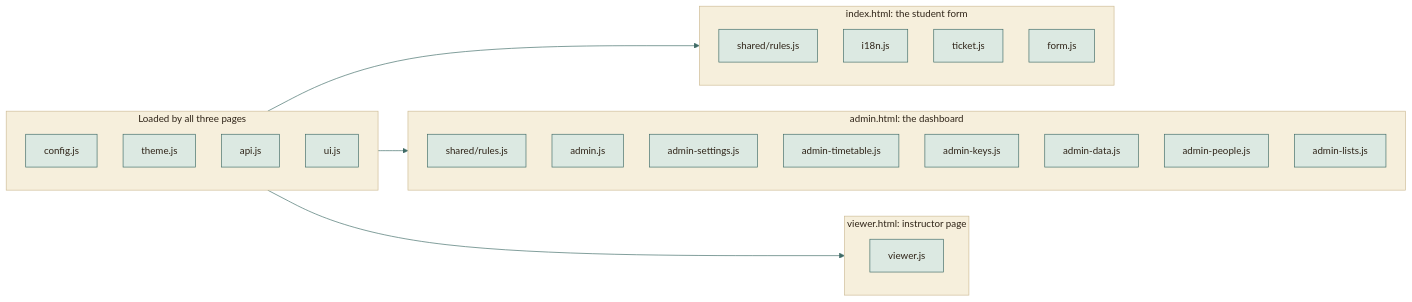
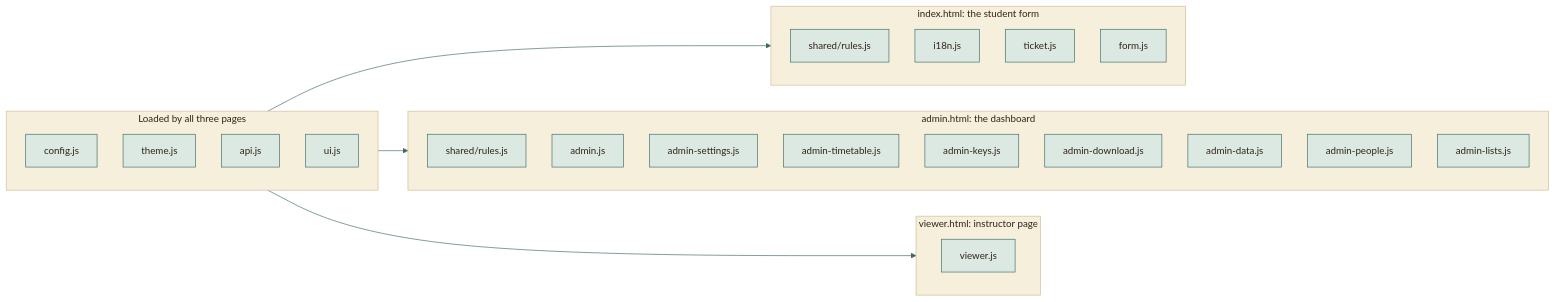
One commit to moyeh04/forms-platform changed the second of 3 diagrams in docs/MODULES.md. Above: the diagram before and after it, drawn with Mermaid. The commit also changed other lines of this file and 6 other files, not shown here.

````diff
--- a/docs/MODULES.md
+++ b/docs/MODULES.md
@@ -59,59 +59,60 @@
 ```mermaid
 %%{init: {
   'theme': 'base',
   'themeVariables': {
     'fontFamily': 'ui-sans-serif, system-ui, -apple-system, Segoe UI, Roboto, sans-serif',
     'fontSize': '15px',
     'primaryColor': '#DCE9E2', 'primaryBorderColor': '#3F6B66', 'primaryTextColor': '#2F2418',
     'secondaryColor': '#F0E4C8', 'secondaryBorderColor': '#C9A24A', 'secondaryTextColor': '#2F2418',
     'tertiaryColor': '#F6EFDC', 'tertiaryBorderColor': '#CDBB94', 'tertiaryTextColor': '#2F2418',
     'lineColor': '#3F6B66', 'textColor': '#2F2418', 'mainBkg': '#DCE9E2', 'nodeBorder': '#3F6B66',
     'clusterBkg': '#F6EFDC', 'clusterBorder': '#CDBB94', 'titleColor': '#2F2418',
     'edgeLabelBackground': '#F8F1DD',
     'actorBkg': '#DCE9E2', 'actorBorder': '#3F6B66', 'actorTextColor': '#2F2418', 'actorLineColor': '#8FB3AB',
     'signalColor': '#477A73', 'signalTextColor': '#477A73',
     'labelBoxBkgColor': '#F0E4C8', 'labelBoxBorderColor': '#C9A24A', 'labelTextColor': '#2F2418', 'loopTextColor': '#6A5A44',
     'noteBkgColor': '#FBEFC9', 'noteBorderColor': '#C9A24A', 'noteTextColor': '#2F2418',
     'activationBkgColor': '#DCE9E2', 'activationBorderColor': '#3F6B66', 'sequenceNumberColor': '#F8F1DD',
     'transitionColor': '#3F6B66', 'stateLabelColor': '#2F2418', 'stateBkg': '#DCE9E2', 'altBackground': '#F6EFDC',
     'attributeBackgroundColorOdd': '#F8F1DD', 'attributeBackgroundColorEven': '#F0E4C8'
   },
   'flowchart': {'curve': 'basis', 'padding': 14, 'nodeSpacing': 40, 'rankSpacing': 46},
   'sequence': {'mirrorActors': false, 'messageMargin': 34, 'boxMargin': 8}
 }}%%
 flowchart LR
     subgraph common["Loaded by all three pages"]
         cfg["config.js"]
         th["theme.js"]
         api["api.js"]
         ui["ui.js"]
     end
     subgraph index["index.html: the student form"]
         r1["shared/rules.js"]
         i18n["i18n.js"]
         tk["ticket.js"]
         fm["form.js"]
     end
     subgraph admin["admin.html: the dashboard"]
         r2["shared/rules.js"]
         a1["admin.js"]
         a2["admin-settings.js"]
         a5["admin-timetable.js"]
         a7["admin-keys.js"]
+        a8["admin-download.js"]
         a3["admin-data.js"]
         a4["admin-people.js"]
         a6["admin-lists.js"]
     end
     subgraph viewer["viewer.html: instructor page"]
         v1["viewer.js"]
     end
     common --> index
     common --> admin
     common --> viewer
     classDef cDb fill:#F3E2B3,stroke:#B8892D,stroke-width:1.5px,color:#2F2418
     classDef cActor fill:#F4D9D3,stroke:#9A3328,stroke-width:1.5px,color:#2F2418
     classDef cDec fill:#FBEFC9,stroke:#C9A24A,stroke-width:1.5px,color:#2F2418
     classDef cEnd fill:#2F2418,stroke:#2F2418,color:#F8F1DD
     classDef cErr fill:#F6D5CF,stroke:#A12B1F,stroke-width:1.5px,color:#5A140C
     classDef cOk fill:#BFD9CF,stroke:#2E5A55,stroke-width:1.5px,color:#17302D
 ```
````
